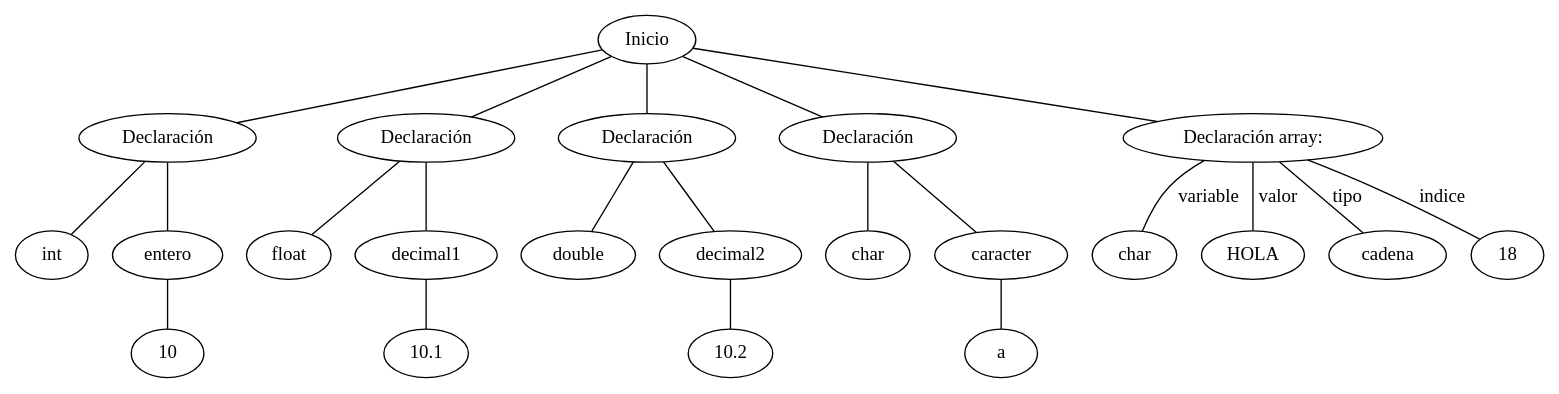
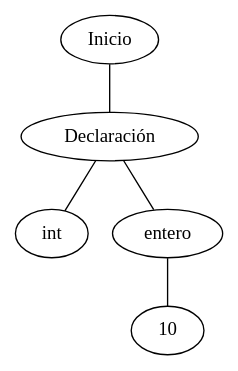
The diagram in Graph.gv (LudwinGit/MinorC), drawn with Graphviz before and after one commit. The commit also changed 9 other files, not shown here.

```diff
--- a/Graph.gv
+++ b/Graph.gv
@@ -1,43 +1,11 @@
 graph {
 	1 [label=int]
 	2 [label=10]
 	3 [label=entero]
 	3 -- 2
 	4 [label="Declaración"]
 	4 -- 1
 	4 -- 3
-	5 [label=float]
-	6 [label=10.1]
-	7 [label=decimal1]
-	7 -- 6
-	8 [label="Declaración"]
-	8 -- 5
-	8 -- 7
-	9 [label=double]
-	10 [label=10.2]
-	11 [label=decimal2]
-	11 -- 10
-	12 [label="Declaración"]
-	12 -- 9
-	12 -- 11
-	13 [label=char]
-	14 [label=a]
-	15 [label=caracter]
-	15 -- 14
-	16 [label="Declaración"]
-	16 -- 13
-	16 -- 15
-	17 [label=char]
-	19 [label=HOLA]
-	20 [label="Declaración array:"]
-	20 -- cadena [label=tipo]
-	20 -- 17 [label=variable]
-	20 -- 19 [label=valor]
-	20 -- 18 [label=indice]
-	21 [label=Inicio]
-	21 -- 4
-	21 -- 8
-	21 -- 12
-	21 -- 16
-	21 -- 20
+	5 [label=Inicio]
+	5 -- 4
 }
```
